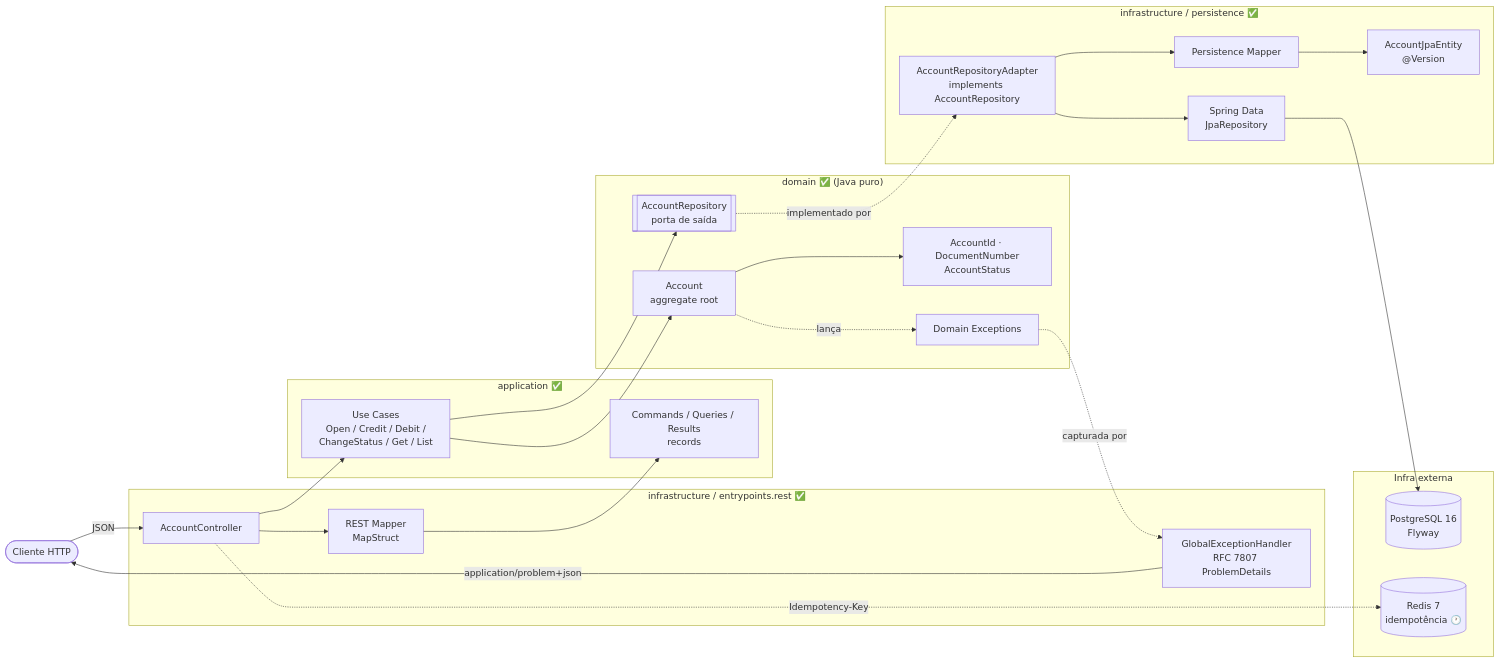
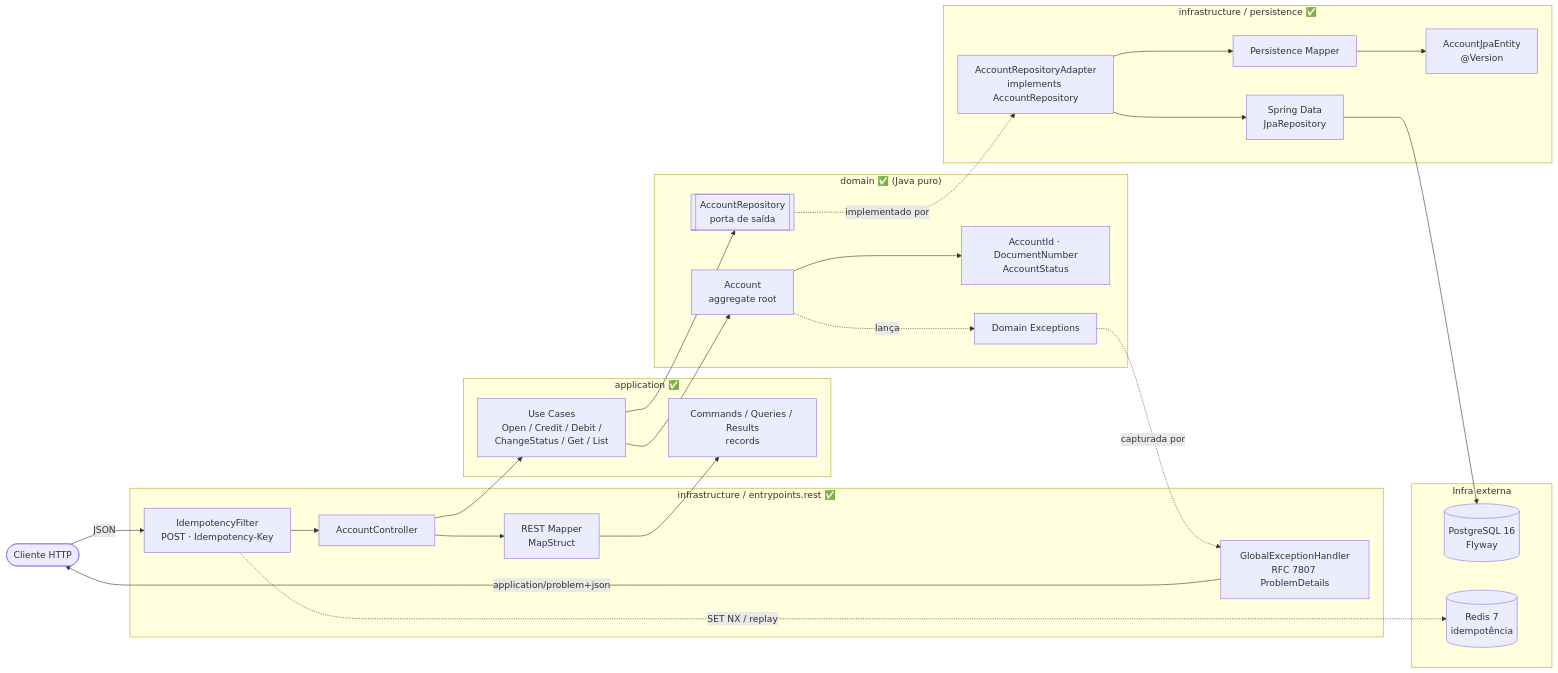
The first of 4 diagrams in docs/architecture-flow.md (RafaelKorb/enterprise-crud-spring), drawn with Mermaid before and after one commit. The commit also changed other lines of this file and 12 other files, not shown here.

First line of the commit message:
feat(rest): require idempotency keys on post requests

````diff
--- a/docs/architecture-flow.md
+++ b/docs/architecture-flow.md
@@ -13,48 +13,49 @@
 ```mermaid
 flowchart LR
     client([Cliente HTTP])
 
     subgraph infra_in["infrastructure / entrypoints.rest ✅"]
+        idem[IdempotencyFilter<br/>POST · Idempotency-Key]
         ctrl[AccountController]
         rmap[REST Mapper<br/>MapStruct]
         handler[GlobalExceptionHandler<br/>RFC 7807 ProblemDetails]
     end
 
     subgraph app["application ✅"]
         uc[Use Cases<br/>Open / Credit / Debit /<br/>ChangeStatus / Get / List]
         dto[Commands / Queries / Results<br/>records]
     end
 
     subgraph domain["domain ✅ (Java puro)"]
         agg[Account<br/>aggregate root]
         vo[AccountId · DocumentNumber<br/>AccountStatus]
         port[[AccountRepository<br/>porta de saída]]
         ex[Domain Exceptions]
     end
 
     subgraph infra_out["infrastructure / persistence ✅"]
         adapter[AccountRepositoryAdapter<br/>implements AccountRepository]
         pmap[Persistence Mapper]
         jpa["AccountJpaEntity<br/>@Version"]
         springrepo[Spring Data<br/>JpaRepository]
     end
 
     subgraph ext["Infra externa"]
         pg[(PostgreSQL 16<br/>Flyway)]
-        redis[(Redis 7<br/>idempotência 🕐)]
+        redis[(Redis 7<br/>idempotência)]
     end
 
-    client -->|JSON| ctrl
+    client -->|JSON| idem --> ctrl
     ctrl --> rmap --> dto
     ctrl --> uc
     uc --> agg
     agg --> vo
     uc --> port
     port -. implementado por .-> adapter
     adapter --> pmap --> jpa
     adapter --> springrepo --> pg
-    ctrl -. Idempotency-Key .-> redis
+    idem -. SET NX / replay .-> redis
     agg -. lança .-> ex
     ex -. capturada por .-> handler
     handler -->|application/problem+json| client
 ```
````
